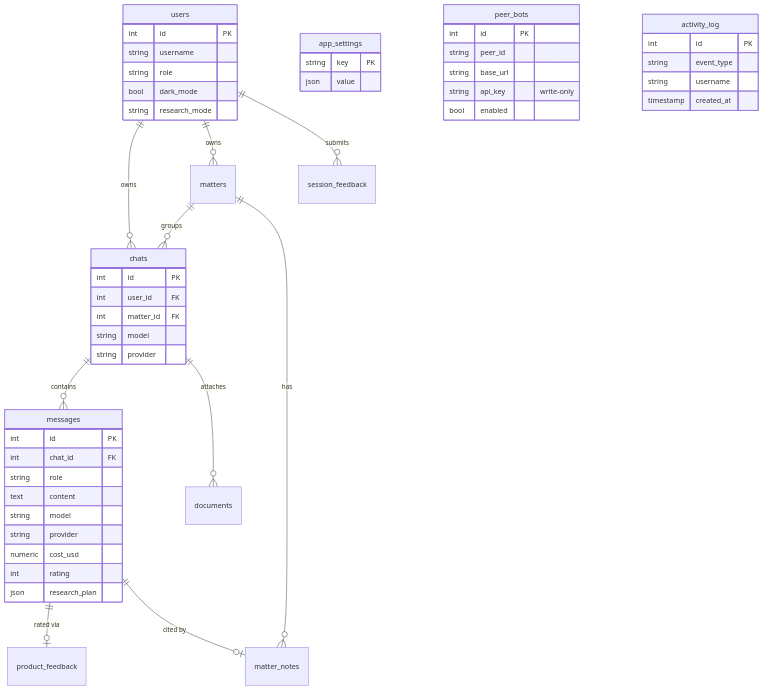
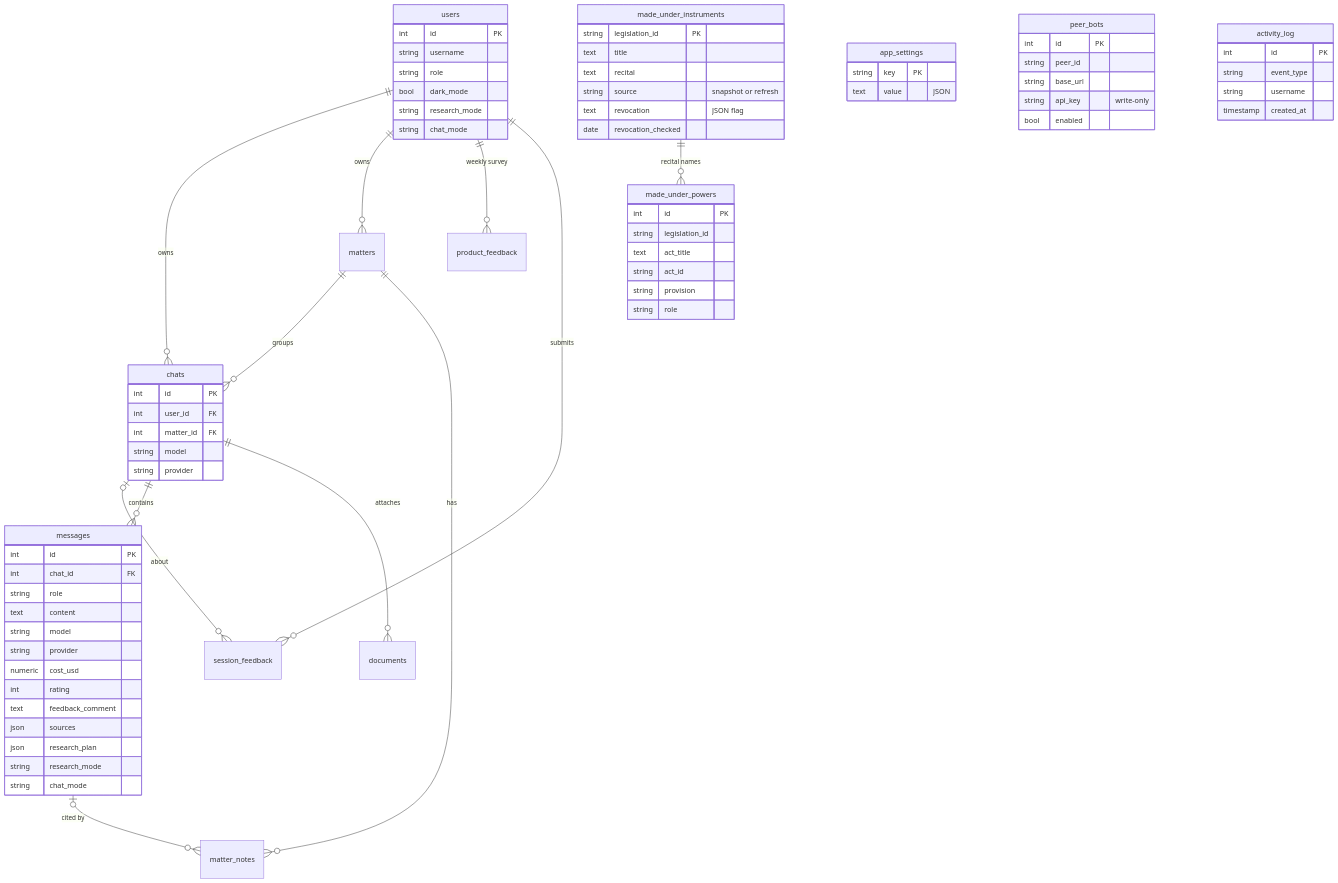
Diagram 12 of 15 in docs/ARCHITECTURE.md (delphium226/LexChat), drawn with Mermaid before and after one commit. The commit also changed other lines of this file and 18 other files, not shown here.

````diff
--- a/docs/ARCHITECTURE.md
+++ b/docs/ARCHITECTURE.md
@@ -602,55 +876,78 @@
 ```mermaid
 erDiagram
     users ||--o{ chats : owns
     users ||--o{ matters : owns
+    users ||--o{ product_feedback : "weekly survey"
     users ||--o{ session_feedback : submits
+    chats |o--o{ session_feedback : "about"
     matters ||--o{ chats : groups
     matters ||--o{ matter_notes : has
     chats ||--o{ messages : contains
     chats ||--o{ documents : attaches
-    messages ||--o| product_feedback : "rated via"
-    messages ||--o| matter_notes : "cited by"
+    messages |o--o{ matter_notes : "cited by"
+    made_under_instruments ||--o{ made_under_powers : "recital names"
 
     users {
         int id PK
         string username
         string role
         bool dark_mode
         string research_mode
+        string chat_mode
     }
     chats {
         int id PK
         int user_id FK
         int matter_id FK
         string model
         string provider
     }
     messages {
         int id PK
         int chat_id FK
         string role
         text content
         string model
         string provider
         numeric cost_usd
         int rating
+        text feedback_comment
+        json sources
         json research_plan
+        string research_mode
+        string chat_mode
     }
     app_settings {
         string key PK
-        json value
+        text value "JSON"
     }
     peer_bots {
         int id PK
         string peer_id
         string base_url
         string api_key "write-only"
         bool enabled
     }
     activity_log {
         int id PK
         string event_type
         string username
         timestamp created_at
     }
+    made_under_instruments {
+        string legislation_id PK
+        text title
+        text recital
+        string source "snapshot or refresh"
+        text revocation "JSON flag"
+        date revocation_checked
+    }
+    made_under_powers {
+        int id PK
+        string legislation_id
+        text act_title
+        string act_id
+        string provision
+        string role
+    }
 ```
````
